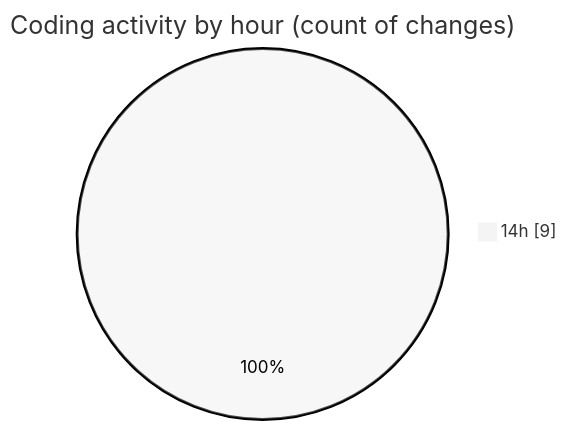
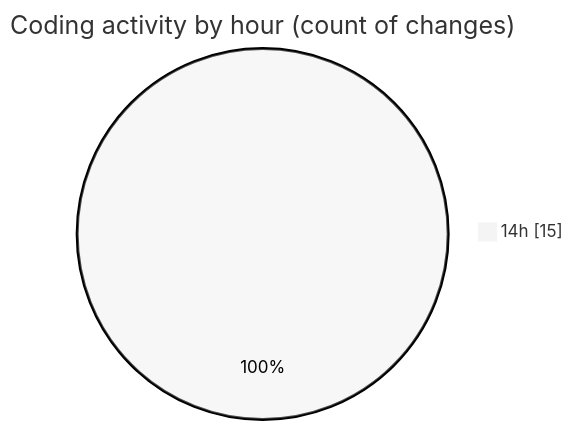
The second of 2 diagrams in 2025-07-14/urlwebwala_intership_work/README.md (Ritupan-Deka/code-tracking), drawn with Mermaid (neutral theme) before and after one commit. The commit also changed other lines of this file and 1 other file, not shown here.

````diff
--- a/2025-07-14/urlwebwala_intership_work/README.md
+++ b/2025-07-14/urlwebwala_intership_work/README.md
@@ -28,5 +28,5 @@
 ```mermaid
 pie showData
 title Coding activity by hour (count of changes)
-"14h" : 9
+"14h" : 15
 ```
````
